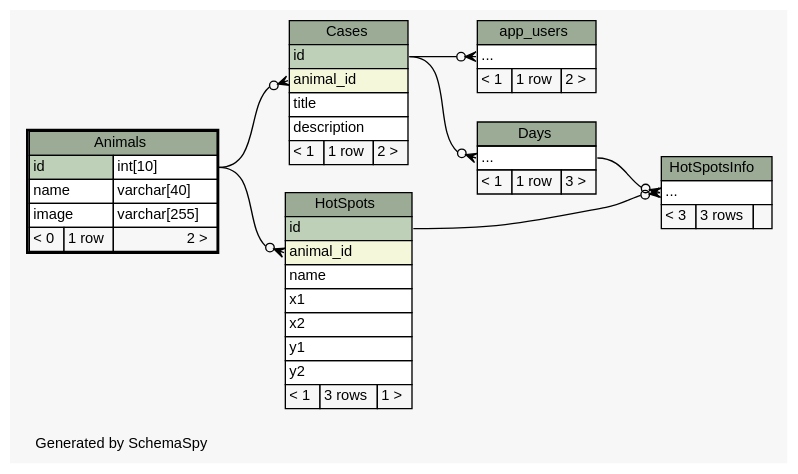
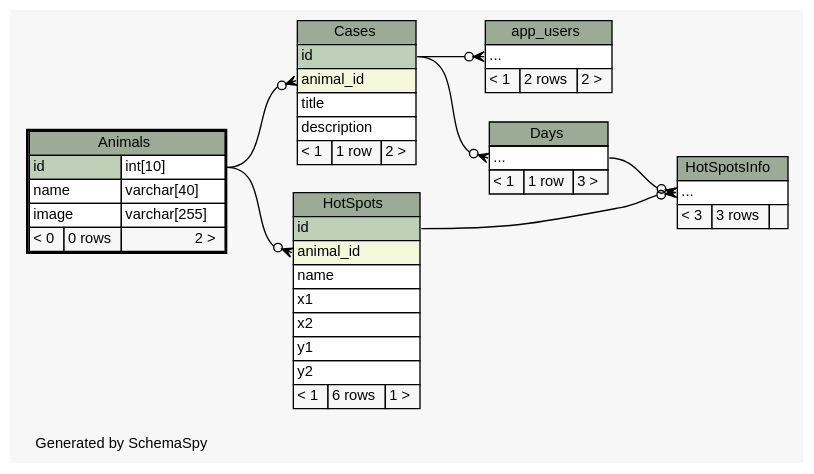
One commit to carrel2/CaseStudies changed the diagram in web/files/schema/diagrams/Animals.2degrees.dot. Above: the diagram before and after it, drawn with Graphviz. The commit also changed 228 other files, not shown here.

```diff
--- a/web/files/schema/diagrams/Animals.2degrees.dot
+++ b/web/files/schema/diagrams/Animals.2degrees.dot
@@ -1,99 +1,99 @@
-// dot 2.38.0 on Linux 4.4.0-67-generic
+// dot 2.38.0 on Linux 4.4.0-72-generic
 // SchemaSpy rev 590
 digraph "twoDegreesRelationshipsDiagram" {
   graph [
     rankdir="RL"
     bgcolor="#f7f7f7"
     label="\nGenerated by SchemaSpy"
     labeljust="l"
     nodesep="0.18"
     ranksep="0.46"
     fontname="Helvetica"
     fontsize="11"
   ];
   node [
     fontname="Helvetica"
     fontsize="11"
     shape="plaintext"
   ];
   edge [
     arrowsize="0.8"
   ];
   "app_users":"elipses":w -> "Cases":"id":e [arrowhead=none dir=back arrowtail=crowodot];
   "Cases":"animal_id":w -> "Animals":"id.type":e [arrowhead=none dir=back arrowtail=crowodot];
   "Days":"elipses":w -> "Cases":"id":e [arrowhead=none dir=back arrowtail=crowodot];
   "HotSpots":"animal_id":w -> "Animals":"id.type":e [arrowhead=none dir=back arrowtail=crowodot];
   "HotSpotsInfo":"elipses":w -> "Days":"elipses":e [arrowhead=none dir=back arrowtail=crowodot];
   "HotSpotsInfo":"elipses":w -> "HotSpots":"id":e [arrowhead=none dir=back arrowtail=crowodot];
   "Animals" [
     label=<
     <TABLE BORDER="2" CELLBORDER="1" CELLSPACING="0" BGCOLOR="#ffffff">
       <TR><TD COLSPAN="3" BGCOLOR="#9bab96" ALIGN="CENTER">Animals</TD></TR>
       <TR><TD PORT="id" COLSPAN="2" BGCOLOR="#bed1b8" ALIGN="LEFT">id</TD><TD PORT="id.type" ALIGN="LEFT">int[10]</TD></TR>
       <TR><TD PORT="name" COLSPAN="2" ALIGN="LEFT">name</TD><TD PORT="name.type" ALIGN="LEFT">varchar[40]</TD></TR>
       <TR><TD PORT="image" COLSPAN="2" ALIGN="LEFT">image</TD><TD PORT="image.type" ALIGN="LEFT">varchar[255]</TD></TR>
-      <TR><TD ALIGN="LEFT" BGCOLOR="#f7f7f7">&lt; 0</TD><TD ALIGN="RIGHT" BGCOLOR="#f7f7f7">1 row</TD><TD ALIGN="RIGHT" BGCOLOR="#f7f7f7">2 &gt;</TD></TR>
+      <TR><TD ALIGN="LEFT" BGCOLOR="#f7f7f7">&lt; 0</TD><TD ALIGN="RIGHT" BGCOLOR="#f7f7f7">0 rows</TD><TD ALIGN="RIGHT" BGCOLOR="#f7f7f7">2 &gt;</TD></TR>
     </TABLE>>
     URL="Animals.html"
     tooltip="Animals"
   ];
   "app_users" [
     label=<
     <TABLE BORDER="0" CELLBORDER="1" CELLSPACING="0" BGCOLOR="#ffffff">
       <TR><TD COLSPAN="3" BGCOLOR="#9bab96" ALIGN="CENTER">app_users</TD></TR>
       <TR><TD PORT="elipses" COLSPAN="3" ALIGN="LEFT">...</TD></TR>
-      <TR><TD ALIGN="LEFT" BGCOLOR="#f7f7f7">&lt; 1</TD><TD ALIGN="RIGHT" BGCOLOR="#f7f7f7">1 row</TD><TD ALIGN="RIGHT" BGCOLOR="#f7f7f7">2 &gt;</TD></TR>
+      <TR><TD ALIGN="LEFT" BGCOLOR="#f7f7f7">&lt; 1</TD><TD ALIGN="RIGHT" BGCOLOR="#f7f7f7">2 rows</TD><TD ALIGN="RIGHT" BGCOLOR="#f7f7f7">2 &gt;</TD></TR>
     </TABLE>>
     URL="app_users.html"
     tooltip="app_users"
   ];
   "Cases" [
     label=<
     <TABLE BORDER="0" CELLBORDER="1" CELLSPACING="0" BGCOLOR="#ffffff">
       <TR><TD COLSPAN="3" BGCOLOR="#9bab96" ALIGN="CENTER">Cases</TD></TR>
       <TR><TD PORT="id" COLSPAN="3" BGCOLOR="#bed1b8" ALIGN="LEFT">id</TD></TR>
       <TR><TD PORT="animal_id" COLSPAN="3" BGCOLOR="#f4f7da" ALIGN="LEFT">animal_id</TD></TR>
       <TR><TD PORT="title" COLSPAN="3" ALIGN="LEFT">title</TD></TR>
       <TR><TD PORT="description" COLSPAN="3" ALIGN="LEFT">description</TD></TR>
       <TR><TD ALIGN="LEFT" BGCOLOR="#f7f7f7">&lt; 1</TD><TD ALIGN="RIGHT" BGCOLOR="#f7f7f7">1 row</TD><TD ALIGN="RIGHT" BGCOLOR="#f7f7f7">2 &gt;</TD></TR>
     </TABLE>>
     URL="Cases.html"
     tooltip="Cases"
   ];
   "Days" [
     label=<
     <TABLE BORDER="0" CELLBORDER="1" CELLSPACING="0" BGCOLOR="#ffffff">
       <TR><TD COLSPAN="3" BGCOLOR="#9bab96" ALIGN="CENTER">Days</TD></TR>
       <TR><TD PORT="elipses" COLSPAN="3" ALIGN="LEFT">...</TD></TR>
       <TR><TD ALIGN="LEFT" BGCOLOR="#f7f7f7">&lt; 1</TD><TD ALIGN="RIGHT" BGCOLOR="#f7f7f7">1 row</TD><TD ALIGN="RIGHT" BGCOLOR="#f7f7f7">3 &gt;</TD></TR>
     </TABLE>>
     URL="Days.html"
     tooltip="Days"
   ];
   "HotSpots" [
     label=<
     <TABLE BORDER="0" CELLBORDER="1" CELLSPACING="0" BGCOLOR="#ffffff">
       <TR><TD COLSPAN="3" BGCOLOR="#9bab96" ALIGN="CENTER">HotSpots</TD></TR>
       <TR><TD PORT="id" COLSPAN="3" BGCOLOR="#bed1b8" ALIGN="LEFT">id</TD></TR>
       <TR><TD PORT="animal_id" COLSPAN="3" BGCOLOR="#f4f7da" ALIGN="LEFT">animal_id</TD></TR>
       <TR><TD PORT="name" COLSPAN="3" ALIGN="LEFT">name</TD></TR>
       <TR><TD PORT="x1" COLSPAN="3" ALIGN="LEFT">x1</TD></TR>
       <TR><TD PORT="x2" COLSPAN="3" ALIGN="LEFT">x2</TD></TR>
       <TR><TD PORT="y1" COLSPAN="3" ALIGN="LEFT">y1</TD></TR>
       <TR><TD PORT="y2" COLSPAN="3" ALIGN="LEFT">y2</TD></TR>
-      <TR><TD ALIGN="LEFT" BGCOLOR="#f7f7f7">&lt; 1</TD><TD ALIGN="RIGHT" BGCOLOR="#f7f7f7">3 rows</TD><TD ALIGN="RIGHT" BGCOLOR="#f7f7f7">1 &gt;</TD></TR>
+      <TR><TD ALIGN="LEFT" BGCOLOR="#f7f7f7">&lt; 1</TD><TD ALIGN="RIGHT" BGCOLOR="#f7f7f7">6 rows</TD><TD ALIGN="RIGHT" BGCOLOR="#f7f7f7">1 &gt;</TD></TR>
     </TABLE>>
     URL="HotSpots.html"
     tooltip="HotSpots"
   ];
   "HotSpotsInfo" [
     label=<
     <TABLE BORDER="0" CELLBORDER="1" CELLSPACING="0" BGCOLOR="#ffffff">
       <TR><TD COLSPAN="3" BGCOLOR="#9bab96" ALIGN="CENTER">HotSpotsInfo</TD></TR>
       <TR><TD PORT="elipses" COLSPAN="3" ALIGN="LEFT">...</TD></TR>
       <TR><TD ALIGN="LEFT" BGCOLOR="#f7f7f7">&lt; 3</TD><TD ALIGN="RIGHT" BGCOLOR="#f7f7f7">3 rows</TD><TD ALIGN="RIGHT" BGCOLOR="#f7f7f7">  </TD></TR>
     </TABLE>>
     URL="HotSpotsInfo.html"
     tooltip="HotSpotsInfo"
   ];
 }
```
